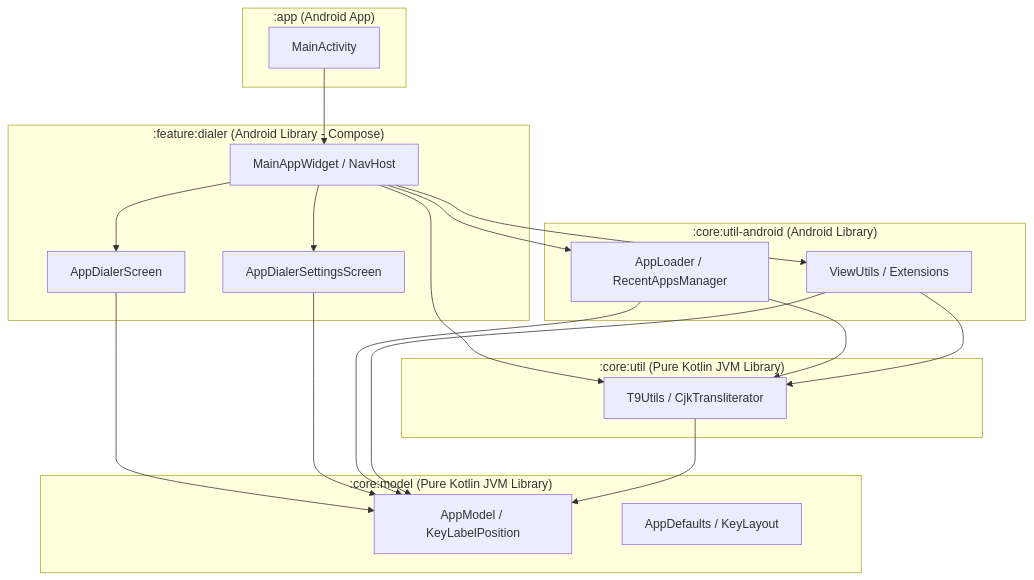
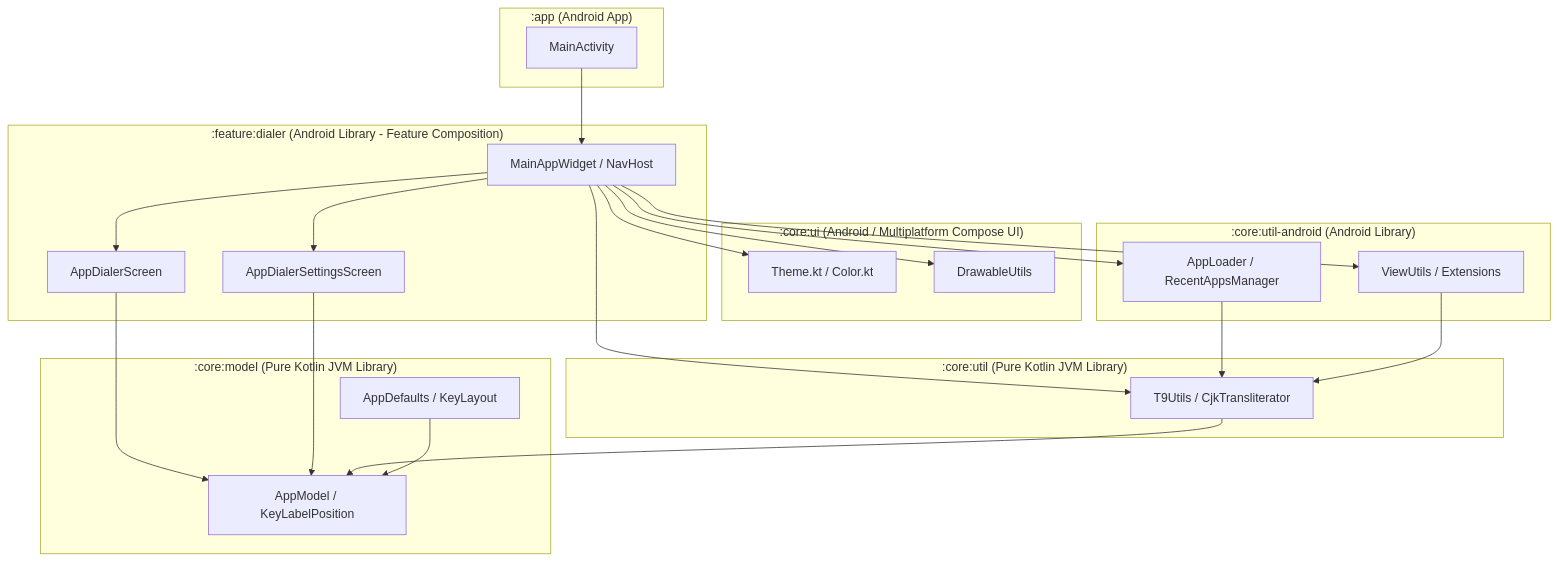
The diagram in ARCHITECTURE.md (yongjhih/app-dialer-app), drawn with Mermaid before and after one commit. The commit also changed other lines of this file and 6 other files, not shown here.

Commit message:
refactor: Separate Compose UI design tokens and graphics into :core:ui module

````diff
--- a/ARCHITECTURE.md
+++ b/ARCHITECTURE.md
@@ -12,40 +13,46 @@
 ```mermaid
 graph TD
     subgraph ":app (Android App)"
         A[MainActivity]
     end
 
-    subgraph ":feature:dialer (Android Library - Compose)"
+    subgraph ":feature:dialer (Android Library - Feature Composition)"
         B[MainAppWidget / NavHost]
         C[AppDialerScreen]
         D[AppDialerSettingsScreen]
     end
 
+    subgraph ":core:ui (Android / Multiplatform Compose UI)"
+        E[Theme.kt / Color.kt]
+        F[DrawableUtils]
+    end
+
     subgraph ":core:util-android (Android Library)"
-        E[AppLoader / RecentAppsManager]
-        F[ViewUtils / Extensions]
+        G[AppLoader / RecentAppsManager]
+        H[ViewUtils / Extensions]
     end
 
     subgraph ":core:util (Pure Kotlin JVM Library)"
-        G[T9Utils / CjkTransliterator]
+        I[T9Utils / CjkTransliterator]
     end
 
     subgraph ":core:model (Pure Kotlin JVM Library)"
-        H[AppModel / KeyLabelPosition]
-        I[AppDefaults / KeyLayout]
+        J[AppModel / KeyLabelPosition]
+        K[AppDefaults / KeyLayout]
     end
 
     A --> B
     B --> C
     B --> D
     B --> E
     B --> F
     B --> G
-    E --> G
-    F --> G
-    C --> H
-    D --> H
-    E --> H
-    F --> H
-    G --> H
+    B --> H
+    B --> I
+    C --> J
+    D --> J
+    G --> I
+    H --> I
+    I --> J
+    K --> J
 ```
````
